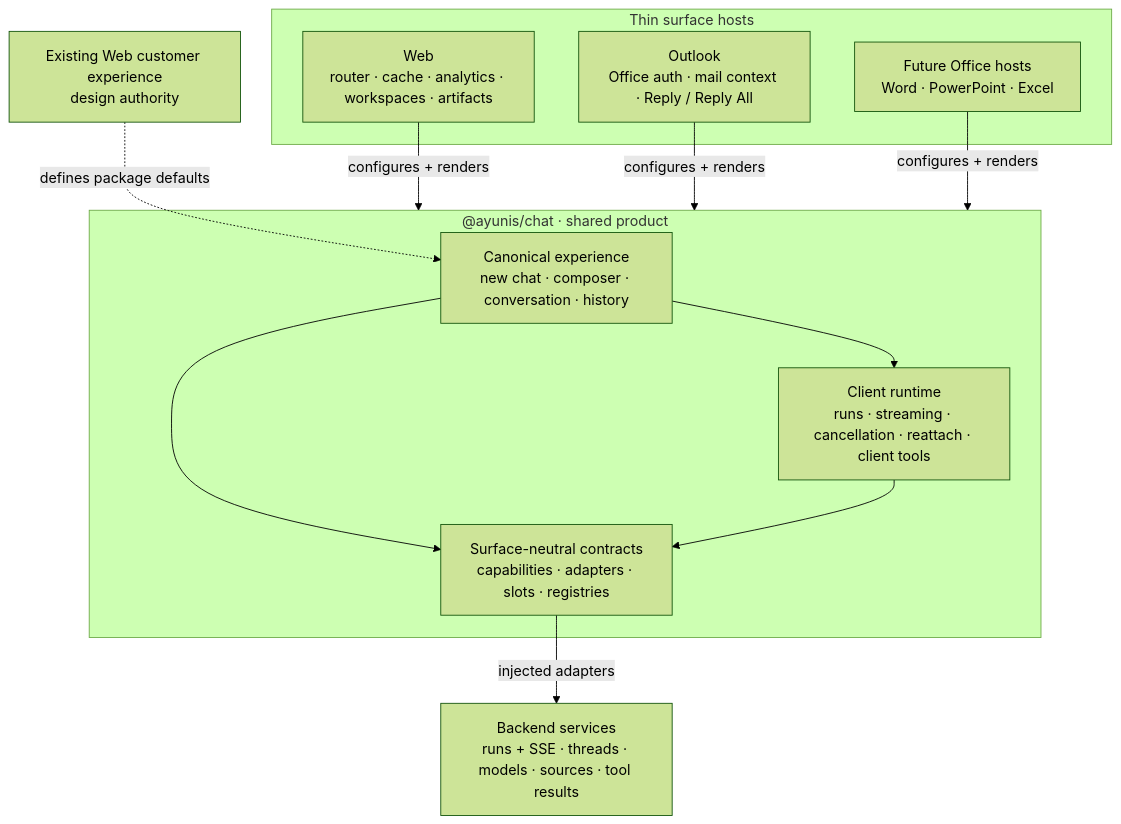
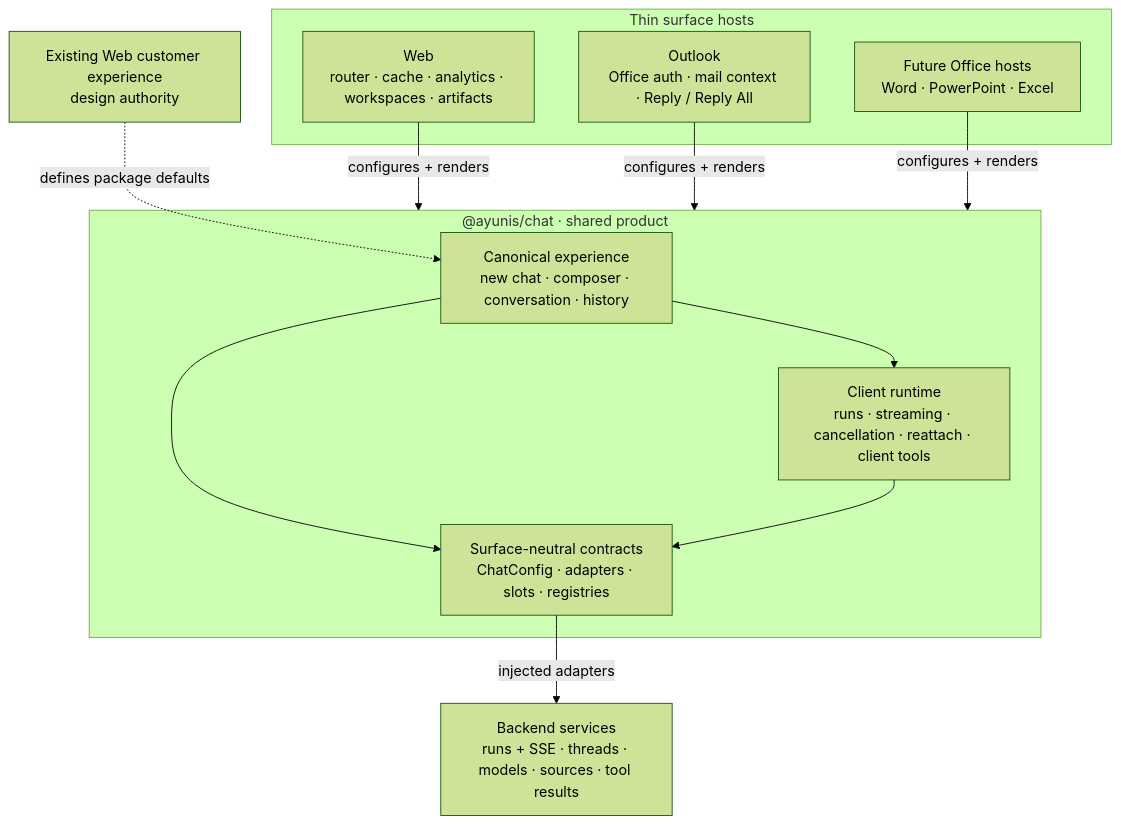
Before and after one commit to ayunis-core/ayunis-core: the diagram in packages/chat/ARCHITECTURE.md, drawn with Mermaid (forest theme). The commit also changed other lines of this file and 109 other files, not shown here.

First line of the commit message:
wip(chat): introduce ChatConfig and own the composer in the package (AYC-2166)

````diff
--- a/packages/chat/ARCHITECTURE.md
+++ b/packages/chat/ARCHITECTURE.md
@@ -14,27 +14,27 @@
 ```mermaid
 flowchart TB
   DESIGN["Existing Web customer experience<br/>design authority"]
 
   subgraph HOSTS["Thin surface hosts"]
     WEB["Web<br/>router · cache · analytics · workspaces · artifacts"]
     OUTLOOK["Outlook<br/>Office auth · mail context · Reply / Reply All"]
     OFFICE["Future Office hosts<br/>Word · PowerPoint · Excel"]
   end
 
   subgraph CHAT["@ayunis/chat · shared product"]
     EXPERIENCE["Canonical experience<br/>new chat · composer · conversation · history"]
     RUNTIME["Client runtime<br/>runs · streaming · cancellation · reattach · client tools"]
-    CONTRACTS["Surface-neutral contracts<br/>capabilities · adapters · slots · registries"]
+    CONTRACTS["Surface-neutral contracts<br/>ChatConfig · adapters · slots · registries"]
     EXPERIENCE --> RUNTIME
     EXPERIENCE --> CONTRACTS
     RUNTIME --> CONTRACTS
   end
 
   BACKEND["Backend services<br/>runs + SSE · threads · models · sources · tool results"]
 
   DESIGN -. "defines package defaults" .-> EXPERIENCE
   WEB -->|"configures + renders"| CHAT
   OUTLOOK -->|"configures + renders"| CHAT
   OFFICE -->|"configures + renders"| CHAT
   CONTRACTS -->|"injected adapters"| BACKEND
 ```
````
